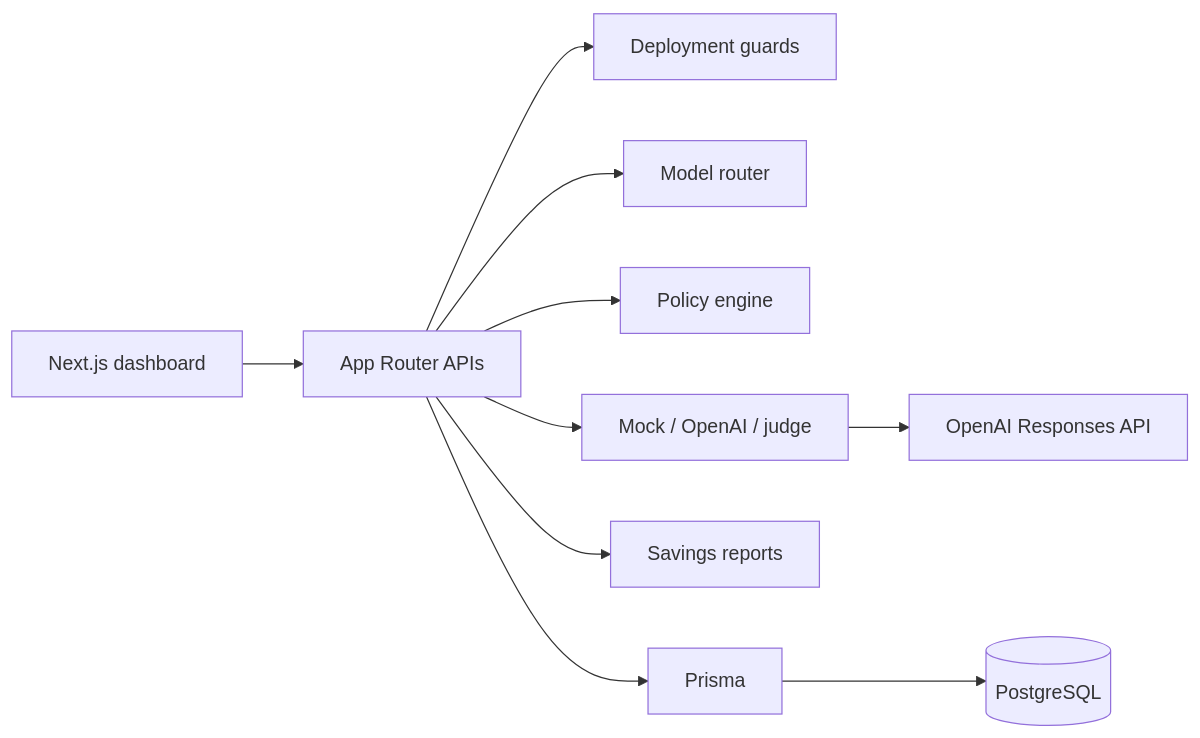
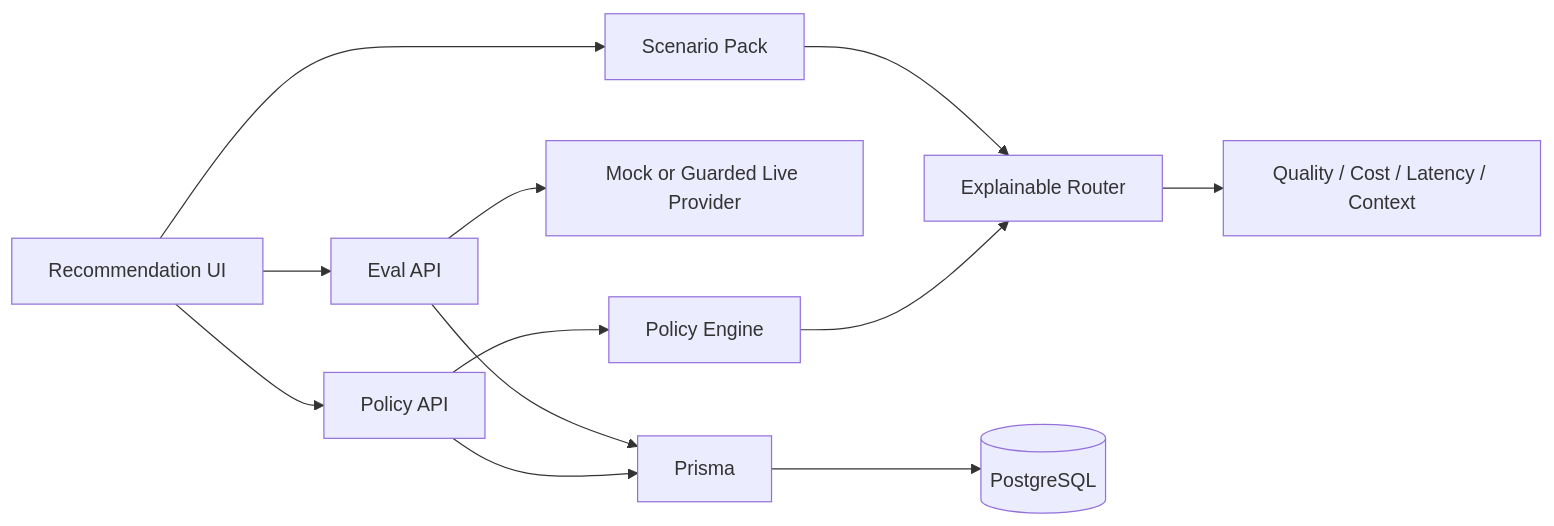
One commit to Rohanasudani/enterprise-ai-model-router changed the diagram in README.md. Above: the diagram before and after it, drawn with Mermaid. The commit also changed other lines of this file and 6 other files, not shown here.

````diff
--- a/README.md
+++ b/README.md
@@ -40,12 +71,14 @@
 ```mermaid
 flowchart LR
-  UI[Next.js dashboard] --> API[App Router APIs]
-  API --> Guards[Deployment guards]
-  API --> Router[Model router]
-  API --> Policy[Policy engine]
-  API --> Providers[Mock / OpenAI / judge]
-  API --> Reports[Savings reports]
-  API --> Prisma[Prisma]
+  UI[Recommendation UI] --> Scenario[Scenario Pack]
+  Scenario --> Router[Explainable Router]
+  UI --> EvalAPI[Eval API]
+  UI --> PolicyAPI[Policy API]
+  EvalAPI --> Provider[Mock or Guarded Live Provider]
+  PolicyAPI --> Policy[Policy Engine]
+  Router --> Evidence[Quality / Cost / Latency / Context]
+  Policy --> Router
+  EvalAPI --> Prisma[Prisma]
+  PolicyAPI --> Prisma
   Prisma --> Postgres[(PostgreSQL)]
-  Providers --> OpenAI[OpenAI Responses API]
 ```
````
